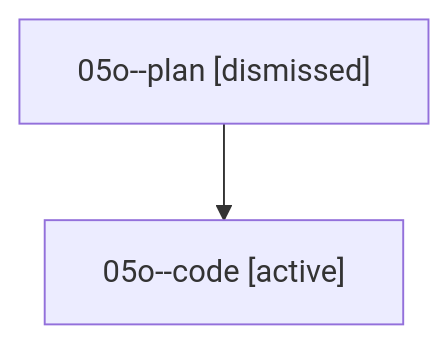
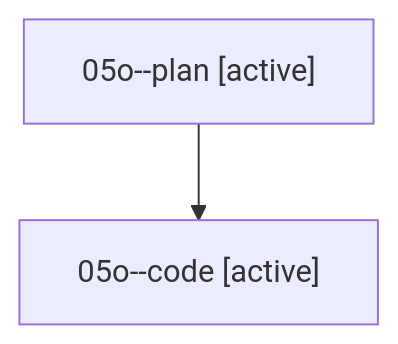
The diagram in families/bbugyi200.athena.05o.md (sase-org/sase--agents), drawn with Mermaid before and after one commit. The commit also changed other lines of this file and 35830 other files, not shown here.

````diff
--- a/families/bbugyi200.athena.05o.md
+++ b/families/bbugyi200.athena.05o.md
@@ -9,6 +9,6 @@
 ```mermaid
 flowchart TD
-  n0["05o--plan [dismissed]"]
+  n0["05o--plan [active]"]
   n1["05o--code [active]"]
   n0 --> n1
 ```
````
